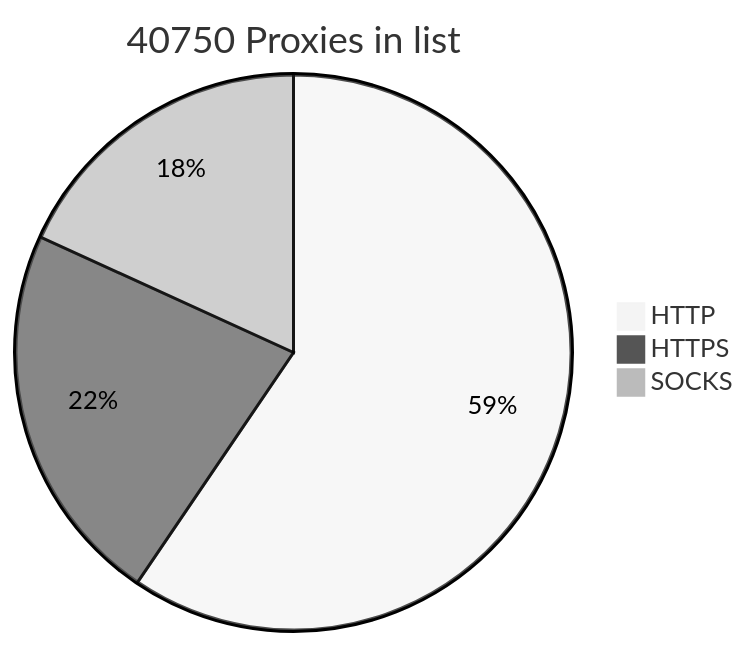
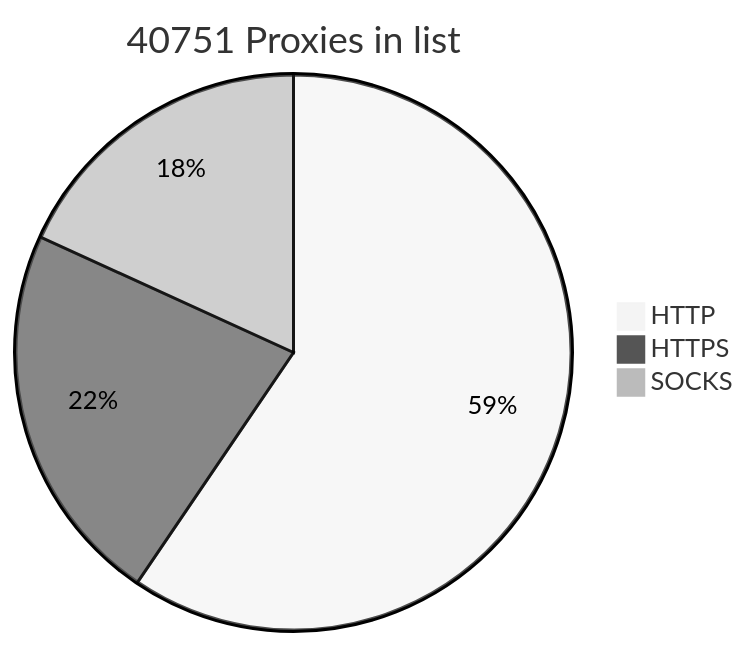
The diagram in README.md (BlackSnowDot/proxylist-update-every-minute), drawn with Mermaid (neutral theme) before and after one commit.

````diff
--- a/README.md
+++ b/README.md
@@ -2,6 +2,6 @@
 ```mermaid
-pie title 40750 Proxies in list
-    "HTTP" : 28435
+pie title 40751 Proxies in list
+    "HTTP" : 28437
     "HTTPS": 10667
     "SOCKS" : 8694
 ```
````
